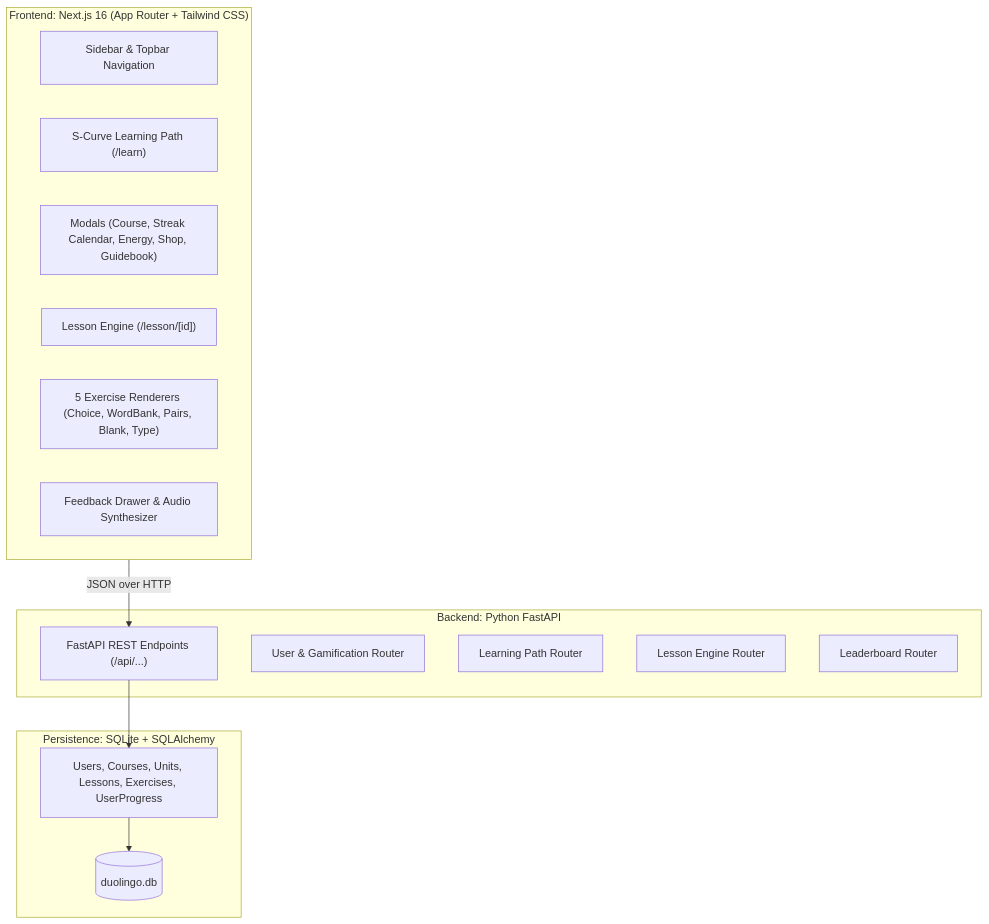
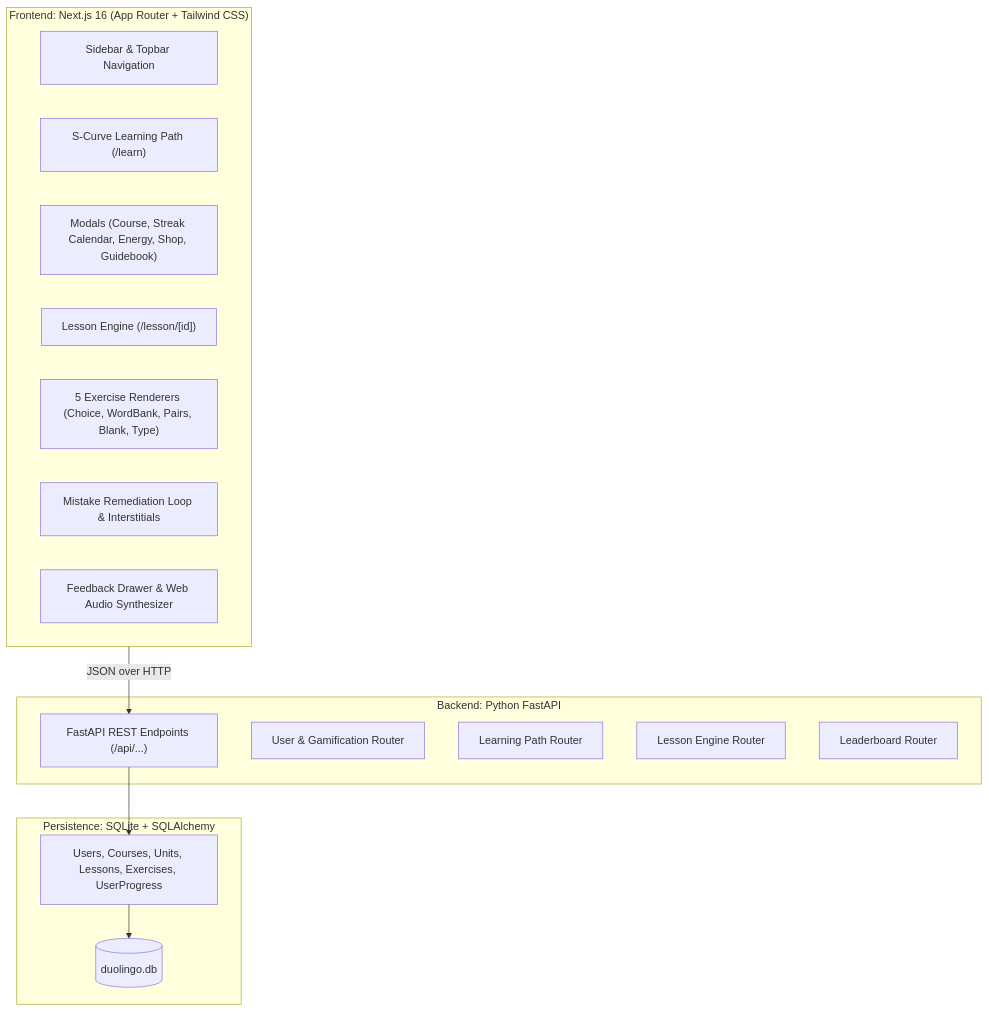
Before and after one commit to Aviral0105/Aviral_Duolingo_Clone: the first of 2 diagrams in README.md, drawn with Mermaid. The commit also changed other lines of this file, not shown here.

Commit message:
docs: update comprehensive project documentation and architecture

````diff
--- a/README.md
+++ b/README.md
@@ -38,28 +57,29 @@
 ```mermaid
 graph TD
     subgraph Client ["Frontend: Next.js 16 (App Router + Tailwind CSS)"]
         Nav["Sidebar & Topbar Navigation"]
         Path["S-Curve Learning Path (/learn)"]
         Modals["Modals (Course, Streak Calendar, Energy, Shop, Guidebook)"]
         Engine["Lesson Engine (/lesson/[id])"]
         Exercises["5 Exercise Renderers (Choice, WordBank, Pairs, Blank, Type)"]
-        Feedback["Feedback Drawer & Audio Synthesizer"]
+        Remediation["Mistake Remediation Loop & Interstitials"]
+        Feedback["Feedback Drawer & Web Audio Synthesizer"]
     end
 
     subgraph Server ["Backend: Python FastAPI"]
         API["FastAPI REST Endpoints (/api/...)"]
         UserRouter["User & Gamification Router"]
         PathRouter["Learning Path Router"]
         LessonRouter["Lesson Engine Router"]
         LeadRouter["Leaderboard Router"]
     end
 
     subgraph Database ["Persistence: SQLite + SQLAlchemy"]
         DB[(duolingo.db)]
         Tables["Users, Courses, Units, Lessons, Exercises, UserProgress"]
     end
 
     Client -->|JSON over HTTP| API
     API --> Tables
     Tables --> DB
 ```
````
